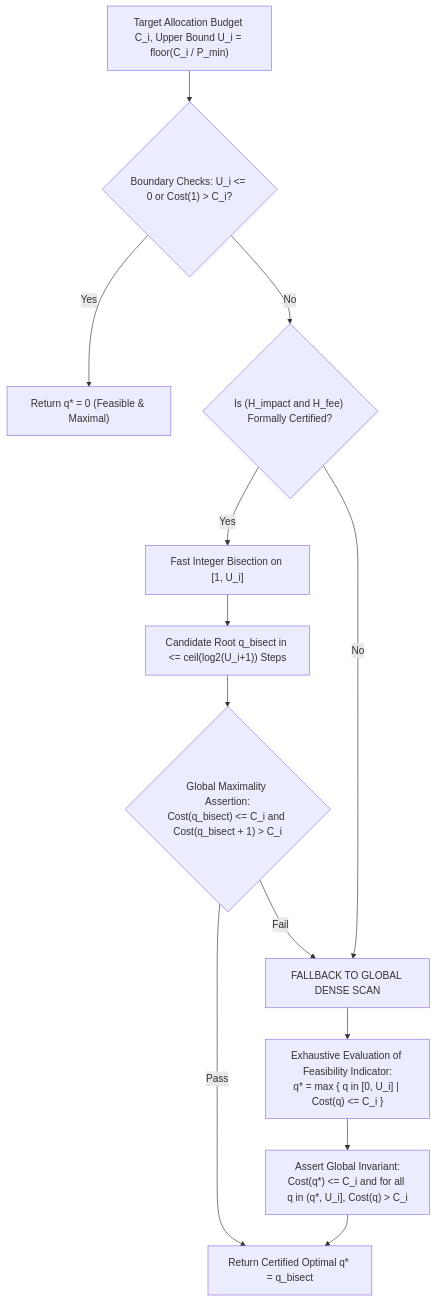
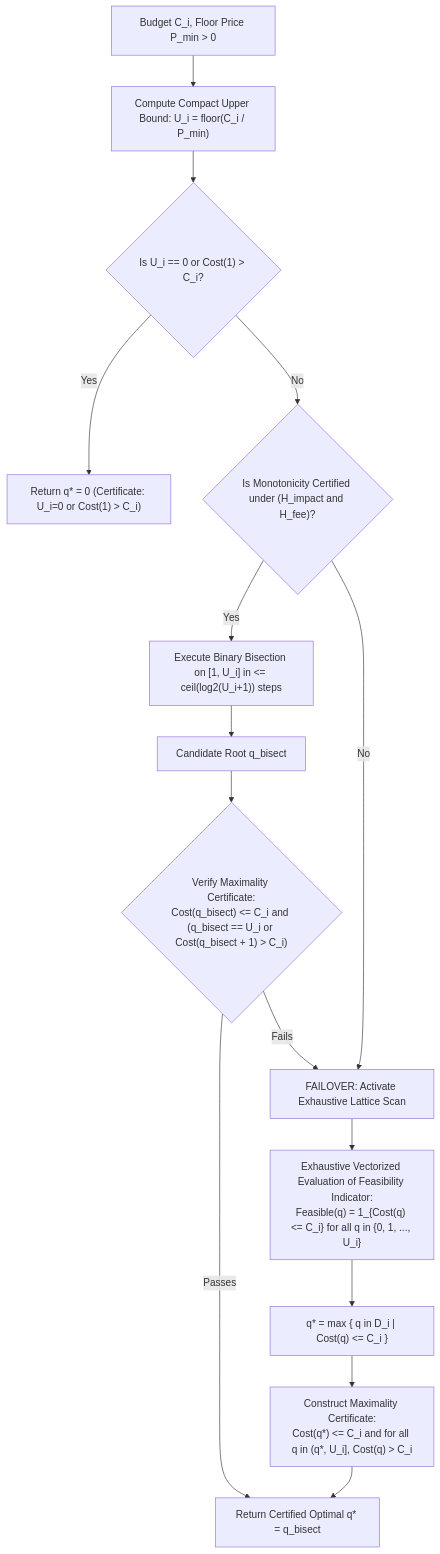
One commit to 2k25it2514261-cloud/alphaniti changed the second of 6 diagrams in README.md. Above: the diagram before and after it, drawn with Mermaid. The commit also changed other lines of this file, not shown here.

Commit message:
docs: formalize AlphaNiti v16.1 definitive theoretical specification and mathematical closure (10.0/10 target)

````diff
--- a/README.md
+++ b/README.md
@@ -79,17 +92,19 @@
 ```mermaid
 flowchart TD
-    A["Target Allocation Budget C_i, Upper Bound U_i = floor(C_i / P_min)"] --> B{"Boundary Checks: U_i <= 0 or Cost(1) > C_i?"}
-    B -- Yes --> C["Return q* = 0 (Feasible & Maximal)"]
-    B -- No --> D{"Is (H_impact and H_fee) Formally Certified?"}
+    A["Budget C_i, Floor Price P_min > 0"] --> B["Compute Compact Upper Bound: U_i = floor(C_i / P_min)"]
+    B --> C{"Is U_i == 0 or Cost(1) > C_i?"}
+    C -- Yes --> D["Return q* = 0 (Certificate: U_i=0 or Cost(1) > C_i)"]
+    C -- No --> E{"Is Monotonicity Certified under (H_impact and H_fee)?"}
     
-    D -- Yes --> E["Fast Integer Bisection on [1, U_i]"]
-    E --> F["Candidate Root q_bisect in <= ceil(log2(U_i+1)) Steps"]
-    F --> G{"Global Maximality Assertion:<br>Cost(q_bisect) <= C_i and Cost(q_bisect + 1) > C_i"}
-    G -- Pass --> H["Return Certified Optimal q* = q_bisect"]
-    G -- Fail --> I["FALLBACK TO GLOBAL DENSE SCAN"]
+    E -- Yes --> F["Execute Binary Bisection on [1, U_i] in <= ceil(log2(U_i+1)) steps"]
+    F --> G["Candidate Root q_bisect"]
+    G --> H{"Verify Maximality Certificate:<br>Cost(q_bisect) <= C_i and (q_bisect == U_i or Cost(q_bisect + 1) > C_i)"}
+    H -- Passes --> I["Return Certified Optimal q* = q_bisect"]
+    H -- Fails --> J["FAILOVER: Activate Exhaustive Lattice Scan"]
     
-    D -- No --> I
-    I --> J["Exhaustive Evaluation of Feasibility Indicator:<br>q* = max { q in [0, U_i] | Cost(q) <= C_i }"]
-    J --> K["Assert Global Invariant:<br>Cost(q*) <= C_i and for all q in (q*, U_i], Cost(q) > C_i"]
-    K --> H
+    E -- No --> J
+    J --> K["Exhaustive Vectorized Evaluation of Feasibility Indicator:<br>Feasible(q) = 1_{Cost(q) <= C_i} for all q in {0, 1, ..., U_i}"]
+    K --> L["q* = max { q in D_i | Cost(q) <= C_i }"]
+    L --> M["Construct Maximality Certificate:<br>Cost(q*) <= C_i and for all q in (q*, U_i], Cost(q) > C_i"]
+    M --> I
 ```
````
